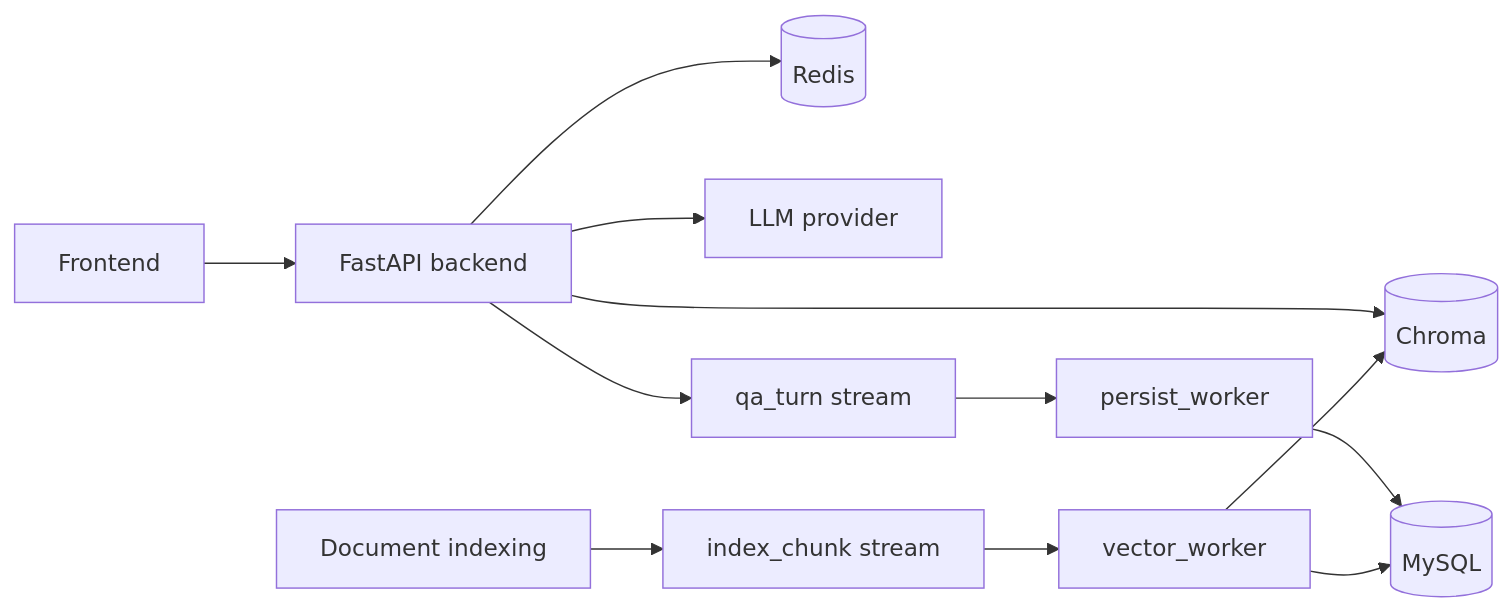
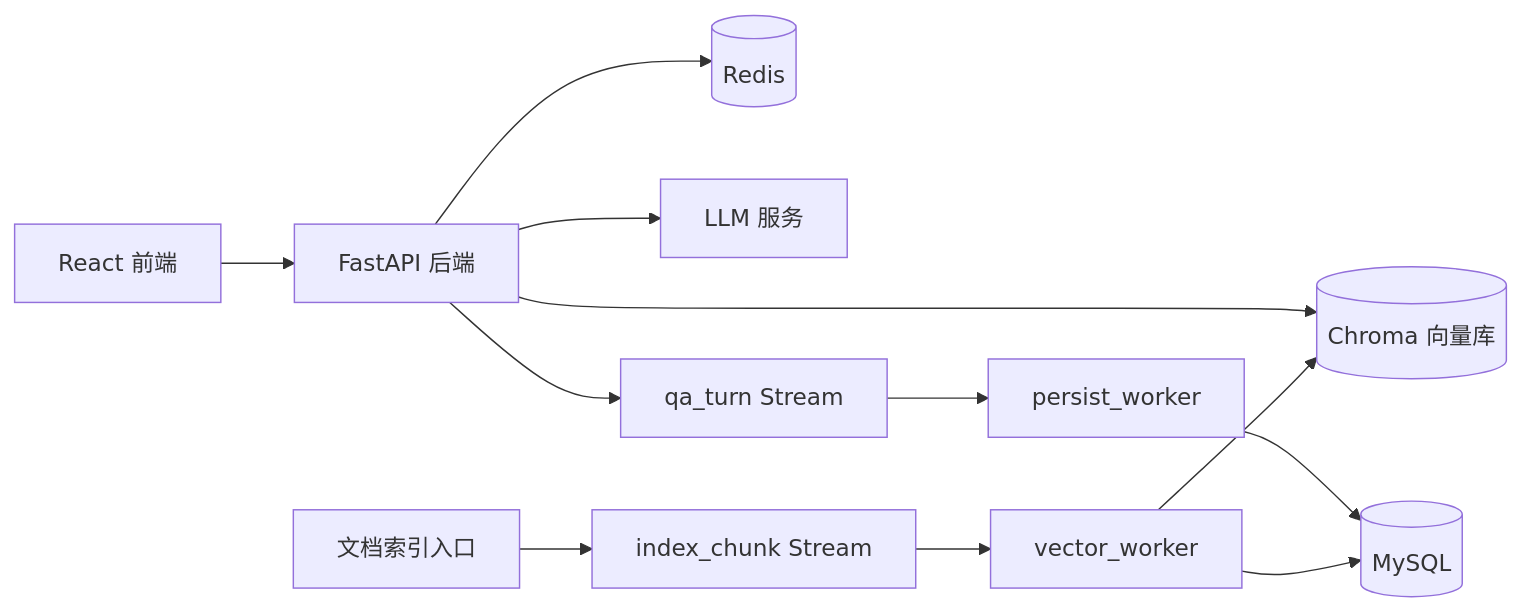
Before and after one commit to Xxxxy-dd/RAG: the diagram in README.md, drawn with Mermaid. The commit also changed other lines of this file and 6 other files, not shown here.

````diff
--- a/README.md
+++ b/README.md
@@ -20,14 +51,14 @@
 ```mermaid
 flowchart LR
-    UI[Frontend] --> API[FastAPI backend]
+    UI[React 前端] --> API[FastAPI 后端]
     API --> Redis[(Redis)]
-    API --> Chroma[(Chroma)]
-    API --> LLM[LLM provider]
-    API --> QAStream[qa_turn stream]
+    API --> Chroma[(Chroma 向量库)]
+    API --> LLM[LLM 服务]
+    API --> QAStream[qa_turn Stream]
     QAStream --> PersistWorker[persist_worker]
     PersistWorker --> MySQL[(MySQL)]
-    Indexer[Document indexing] --> IndexStream[index_chunk stream]
+    Indexer[文档索引入口] --> IndexStream[index_chunk Stream]
     IndexStream --> VectorWorker[vector_worker]
     VectorWorker --> Chroma
     VectorWorker --> MySQL
 ```
````
